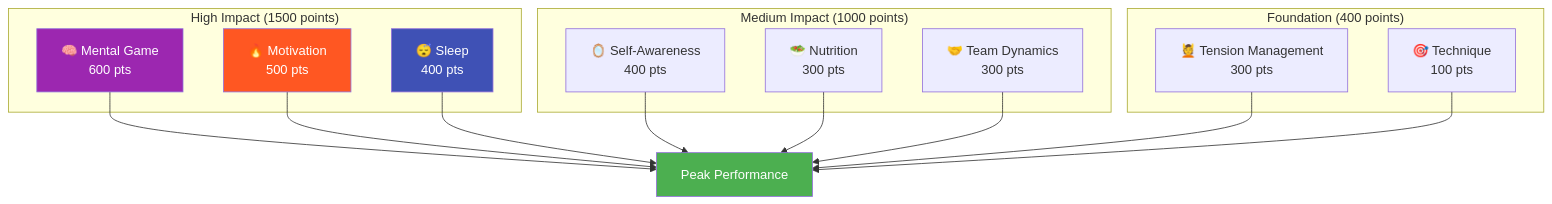
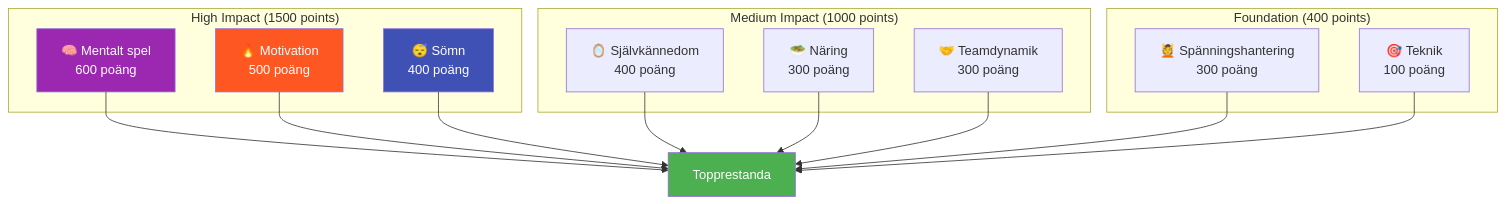
Before and after one commit to patwii/petanque-academy: the diagram in docs/sv/ambition.md, drawn with Mermaid. The commit also changed other lines of this file and 550 other files, not shown here.

````diff
--- a/docs/sv/ambition.md
+++ b/docs/sv/ambition.md
@@ -13,33 +13,33 @@
 ```mermaid
 graph TD
     subgraph "High Impact (1500 points)"
-        A[🧠 Mental Game<br/>600 pts]
-        B[🔥 Motivation<br/>500 pts]
-        C[😴 Sleep<br/>400 pts]
+        A[🧠 Mentalt spel <br/> 600 poäng]
+        B[🔥 Motivation <br/> 500 poäng]
+        C[😴 Sömn <br/> 400 poäng]
     end
 
     subgraph "Medium Impact (1000 points)"
-        D[🪞 Self-Awareness<br/>400 pts]
-        E[🥗 Nutrition<br/>300 pts]
-        F[🤝 Team Dynamics<br/>300 pts]
+        D[🪞 Självkännedom <br/> 400 poäng]
+        E[🥗 Näring <br/> 300 poäng]
+        F[🤝 Teamdynamik <br/> 300 poäng]
     end
 
     subgraph "Foundation (400 points)"
-        G[💆 Tension Management<br/>300 pts]
-        H[🎯 Technique<br/>100 pts]
+        G[💆 Spänningshantering <br/> 300 poäng]
+        H[🎯 Teknik <br/> 100 poäng]
     end
 
-    A --> I[Peak Performance]
+    A --> I[Topprestanda]
     B --> I
     C --> I
     D --> I
     E --> I
     F --> I
     G --> I
     H --> I
 
     style A fill:#9C27B0,color:#fff
     style B fill:#FF5722,color:#fff
     style C fill:#3F51B5,color:#fff
     style I fill:#4CAF50,color:#fff
 ```
````
